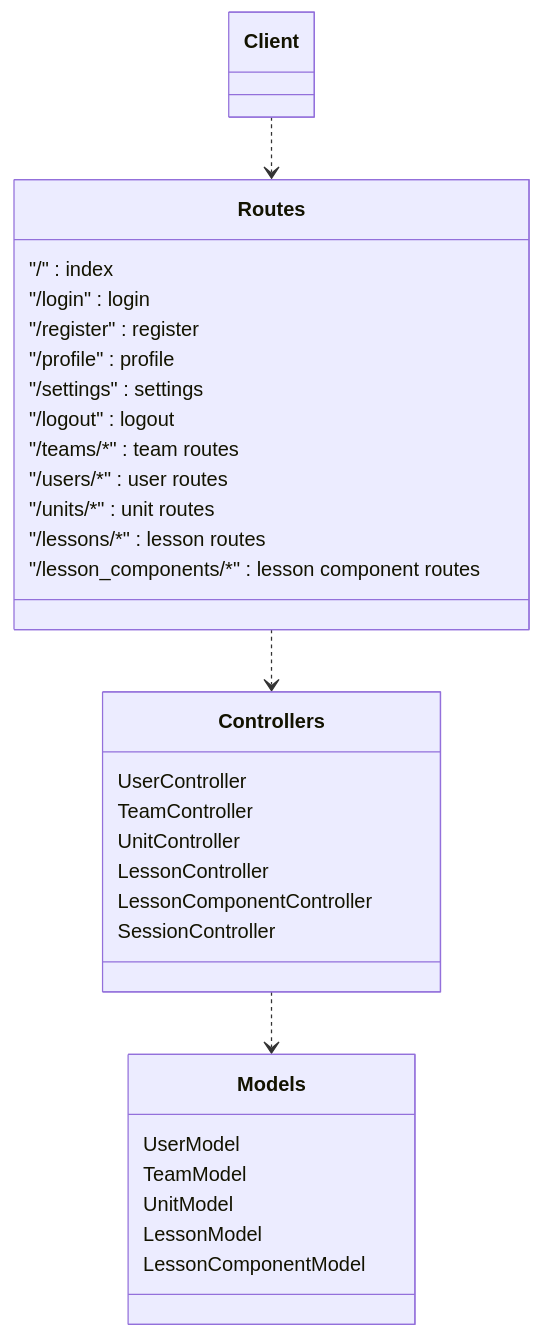
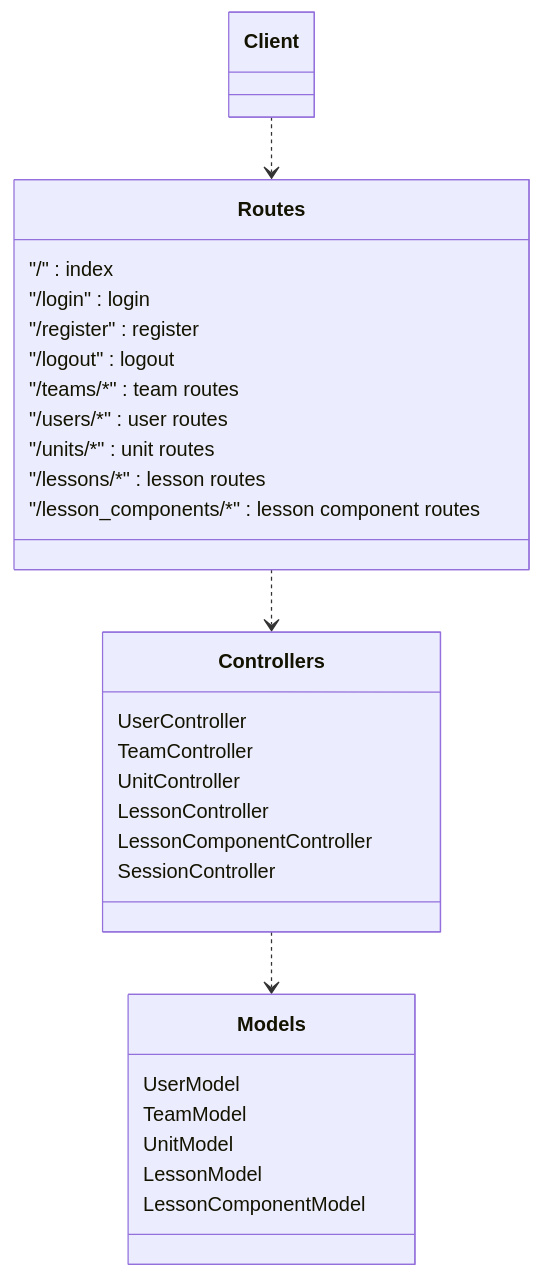
One commit to MICodeProjects/robosite changed the first of 6 diagrams in README.md. Above: the diagram before and after it, drawn with Mermaid. The commit also changed other lines of this file and 15 other files, not shown here.

````diff
--- a/README.md
+++ b/README.md
@@ -76,38 +76,36 @@
 ```mermaid
 classDiagram
     direction TB
     Client ..> Routes
     Routes ..> Controllers
     Controllers ..> Models
     
     class Routes {
         "/" : index
         "/login" : login
         "/register" : register
-        "/profile" : profile
-        "/settings" : settings
         "/logout" : logout
         "/teams/*" : team routes
         "/users/*" : user routes
         "/units/*" : unit routes
         "/lessons/*" : lesson routes
         "/lesson_components/*" : lesson component routes
     }
 
     class Controllers {
     UserController
     TeamController
     UnitController
     LessonController
     LessonComponentController
     SessionController
     }    
     
     class Models {
         UserModel
         TeamModel
         UnitModel
         LessonModel
         LessonComponentModel
     }
 ```
````
